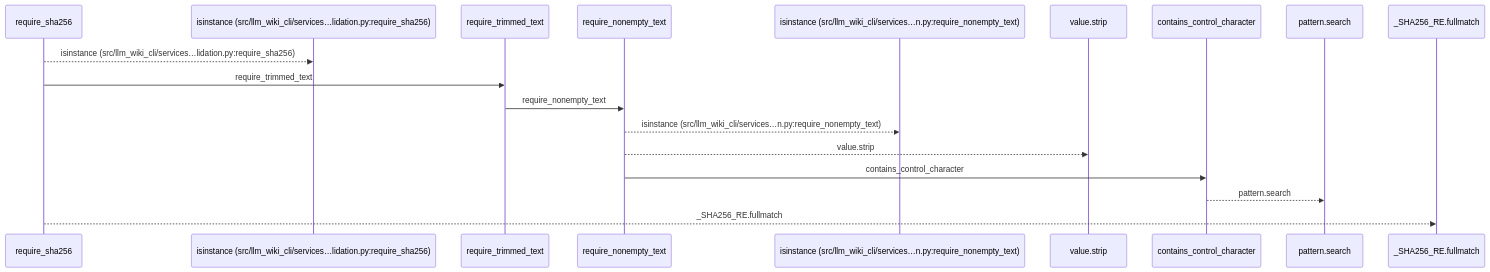
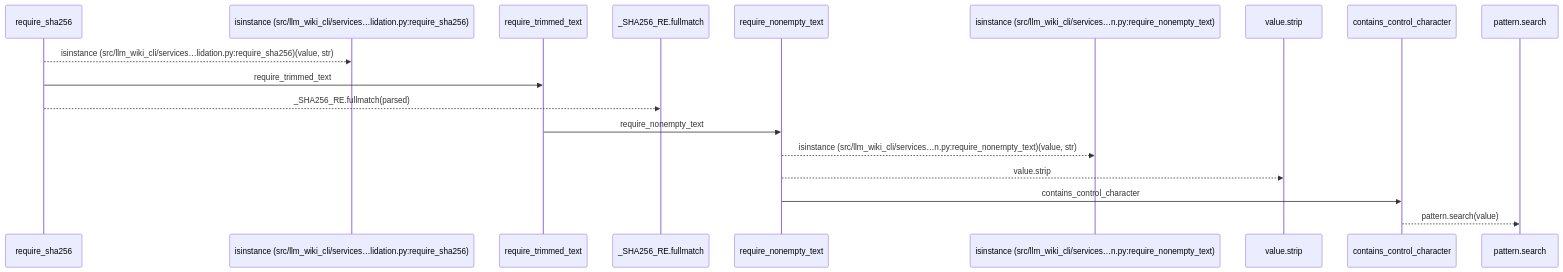
One commit to Denissvgn/python-wiki-llm changed the first of 2 diagrams in docs/llm_wiki/flows/api-require_sha256.md. Above: the diagram before and after it, drawn with Mermaid. The commit also changed other lines of this file and 1410 other files, not shown here.

````diff
--- a/docs/llm_wiki/flows/api-require_sha256.md
+++ b/docs/llm_wiki/flows/api-require_sha256.md
@@ -10,20 +12,20 @@
 ```mermaid
 sequenceDiagram
     participant p0 as require_sha256
     participant p1 as isinstance (src/llm_wiki_cli/services…lidation.py:require_sha256)
     participant p2 as require_trimmed_text
-    participant p3 as require_nonempty_text
-    participant p4 as isinstance (src/llm_wiki_cli/services…n.py:require_nonempty_text)
-    participant p5 as value.strip
-    participant p6 as contains_control_character
-    participant p7 as pattern.search
-    participant p8 as _SHA256_RE.fullmatch
-    p0-->>p1: isinstance (src/llm_wiki_cli/services…lidation.py:require_sha256)
+    participant p3 as _SHA256_RE.fullmatch
+    participant p4 as require_nonempty_text
+    participant p5 as isinstance (src/llm_wiki_cli/services…n.py:require_nonempty_text)
+    participant p6 as value.strip
+    participant p7 as contains_control_character
+    participant p8 as pattern.search
+    p0-->>p1: isinstance (src/llm_wiki_cli/services…lidation.py:require_sha256)(value, str)
     p0->>p2: require_trimmed_text
-    p2->>p3: require_nonempty_text
-    p3-->>p4: isinstance (src/llm_wiki_cli/services…n.py:require_nonempty_text)
-    p3-->>p5: value.strip
-    p3->>p6: contains_control_character
-    p6-->>p7: pattern.search
-    p0-->>p8: _SHA256_RE.fullmatch
+    p0-->>p3: _SHA256_RE.fullmatch(parsed)
+    p2->>p4: require_nonempty_text
+    p4-->>p5: isinstance (src/llm_wiki_cli/services…n.py:require_nonempty_text)(value, str)
+    p4-->>p6: value.strip
+    p4->>p7: contains_control_character
+    p7-->>p8: pattern.search(value)
 ```
````
